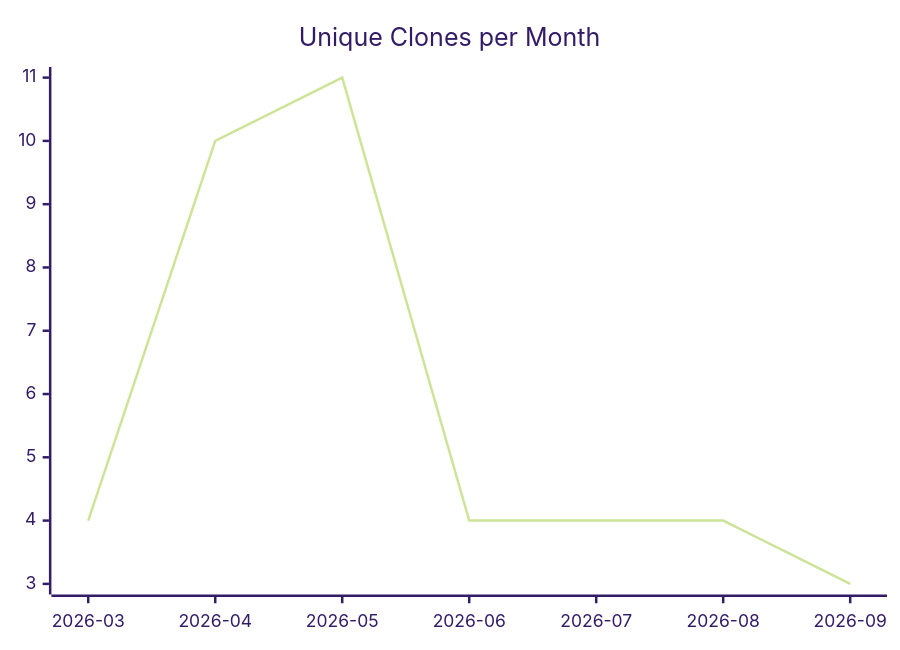
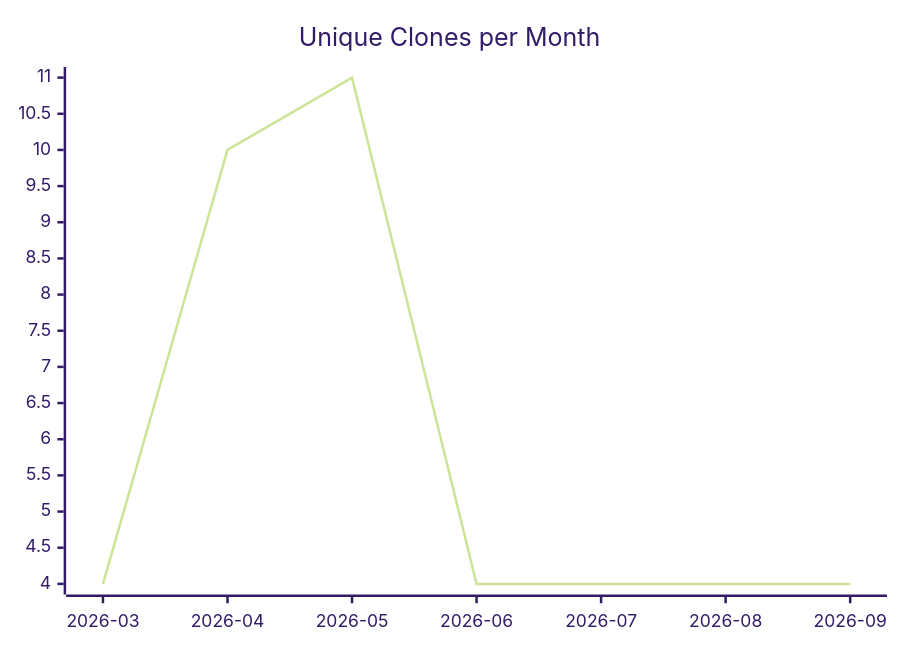
Before and after one commit to justdavis-family/github-analytics-data: the third of 3 diagrams in karlmdavis/workstation-base-ansible-role/README.md, drawn with Mermaid (forest theme). The commit also changed other lines of this file and 200 other files, not shown here.

````diff
--- a/karlmdavis/workstation-base-ansible-role/README.md
+++ b/karlmdavis/workstation-base-ansible-role/README.md
@@ -19,6 +19,6 @@
 ```mermaid
 xychart-beta
   title "Unique Clones per Month"
   x-axis ["2026-03", "2026-04", "2026-05", "2026-06", "2026-07", "2026-08", "2026-09"]
-  line [4, 10, 11, 4, 4, 4, 3]
+  line [4, 10, 11, 4, 4, 4, 4]
 ```
````
